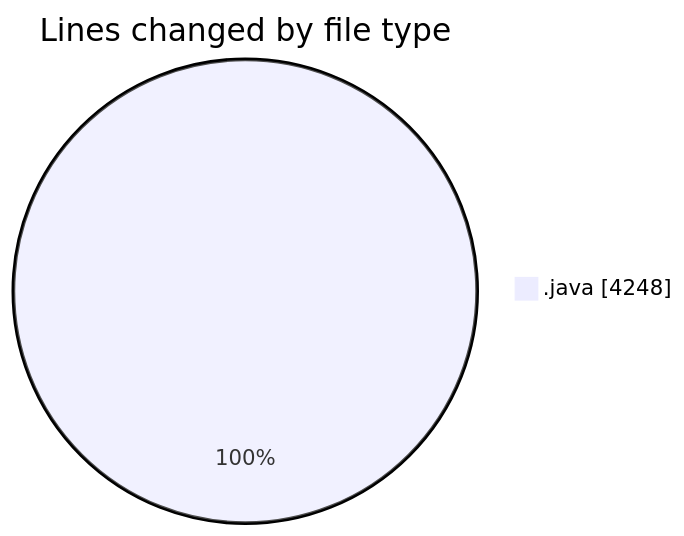
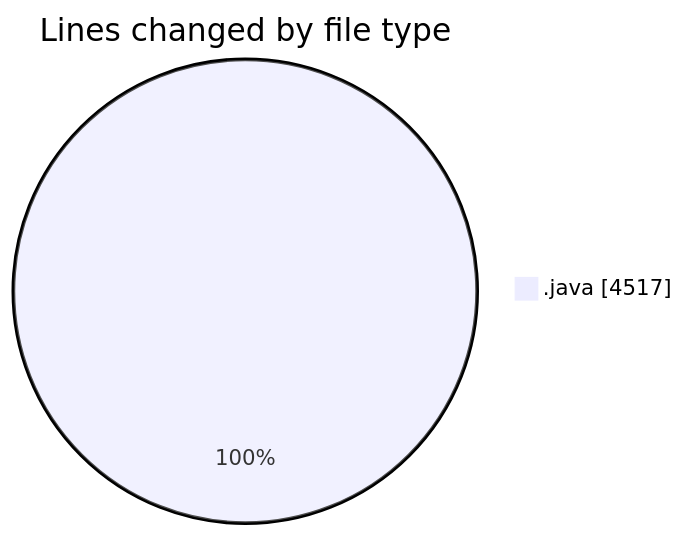
One commit to ricardozamudiocil/code-tracking changed the first of 2 diagrams in 2026-04-01/cilapp/README.md. Above: the diagram before and after it, drawn with Mermaid. The commit also changed other lines of this file and 1 other file, not shown here.

````diff
--- a/2026-04-01/cilapp/README.md
+++ b/2026-04-01/cilapp/README.md
@@ -22,5 +22,5 @@
 ```mermaid
 pie showData
 title Lines changed by file type
-".java" : 4248
+".java" : 4517
 ```
````
